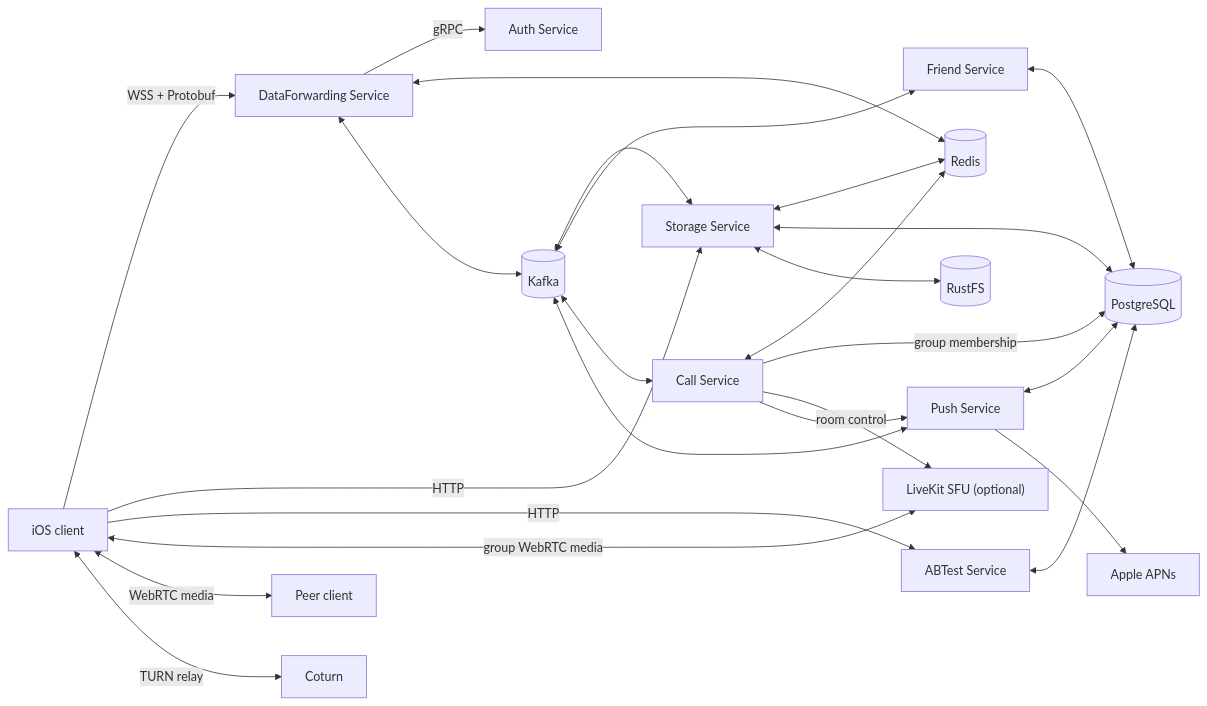
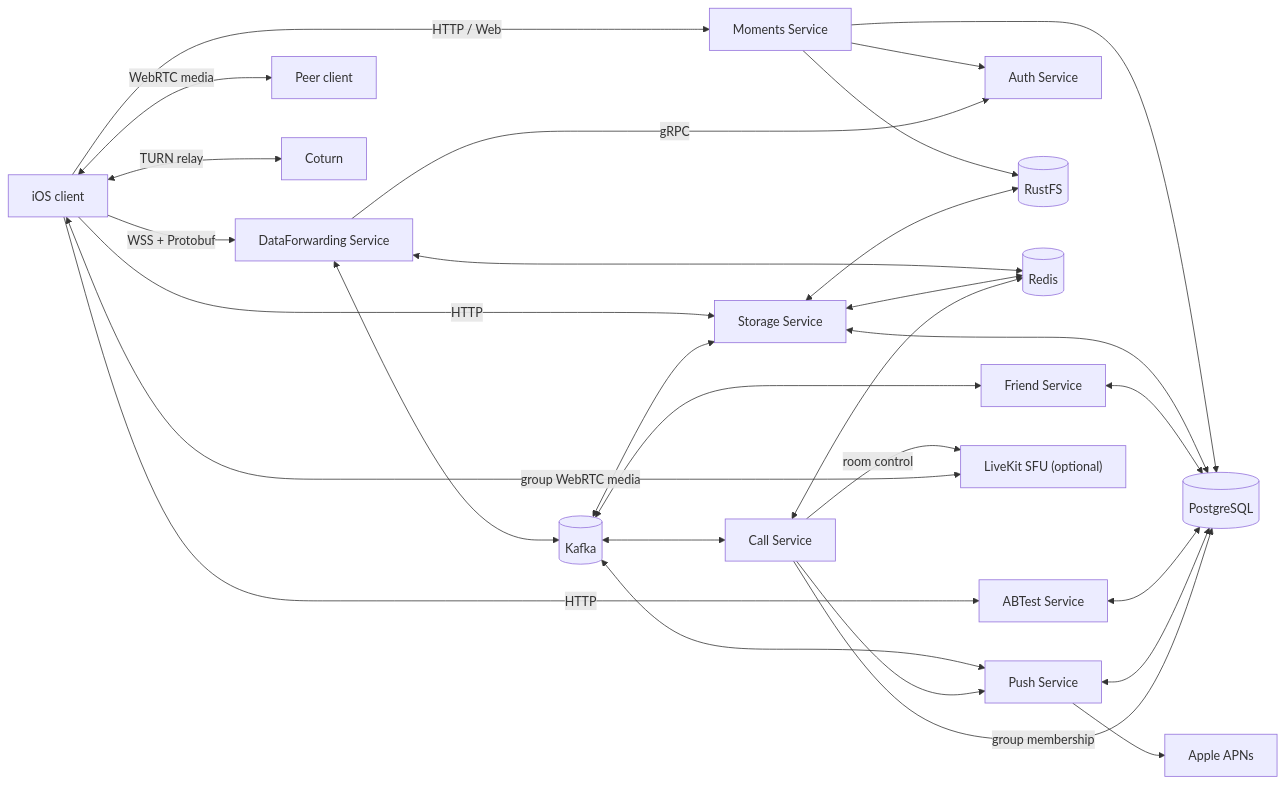
Before and after one commit to Voltline/Betterfly2: the diagram in README.md, drawn with Mermaid. The commit also changed other lines of this file and 46 other files, not shown here.

Commit message:
feat: 新增MomentsService好友动态服务 * 提供独立网页与HTTP API，支持九图动态、点赞、评论回复及删除 * 完善好友可见性、私有图片校验与鉴权下载、幂等重试

````diff
--- a/README.md
+++ b/README.md
@@ -30,27 +31,31 @@
 ```mermaid
 flowchart LR
     Client["iOS client"] -->|"WSS + Protobuf"| DF["DataForwarding Service"]
     Client -->|"HTTP"| Storage["Storage Service"]
     Client -->|"HTTP"| AB["ABTest Service"]
+    Client -->|"HTTP / Web"| Moments["Moments Service"]
+    Moments --> Auth
+    Moments --> PG
+    Moments --> RustFS
     DF -->|"gRPC"| Auth["Auth Service"]
     DF <--> Redis[(Redis)]
     DF <--> Kafka[(Kafka)]
     Kafka <--> Storage
     Kafka <--> Friend["Friend Service"]
     Kafka <--> Call["Call Service"]
     Kafka <--> Push["Push Service"]
     Storage <--> Redis
     Storage <--> PG[(PostgreSQL)]
     Storage <--> RustFS[(RustFS)]
     Friend <--> PG
     AB <--> PG
     Push <--> PG
     Push --> APNs["Apple APNs"]
     Call <--> Redis
     Call -->|"group membership"| PG
     Call -->|"room control"| SFU["LiveKit SFU (optional)"]
     Client <-->|"group WebRTC media"| SFU
     Call --> Push
     Client <-->|"WebRTC media"| Peer["Peer client"]
     Client <-->|"TURN relay"| Coturn["Coturn"]
 ```
````
